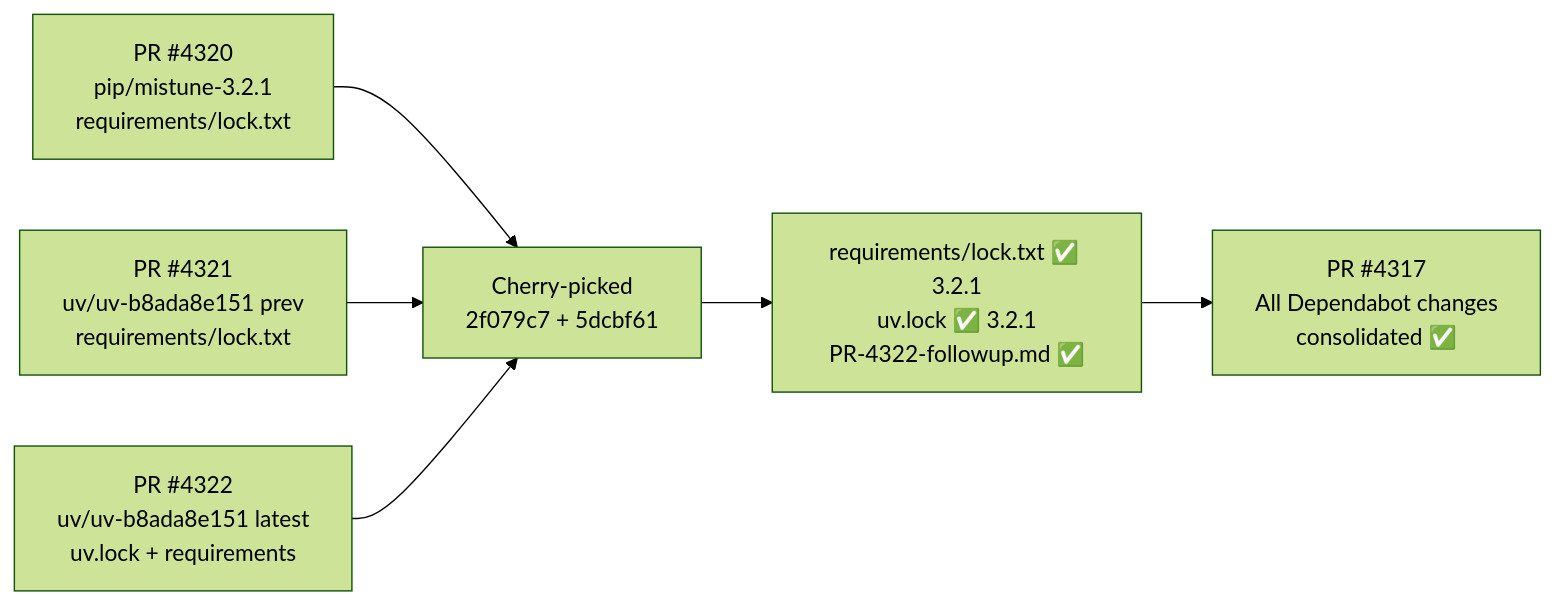
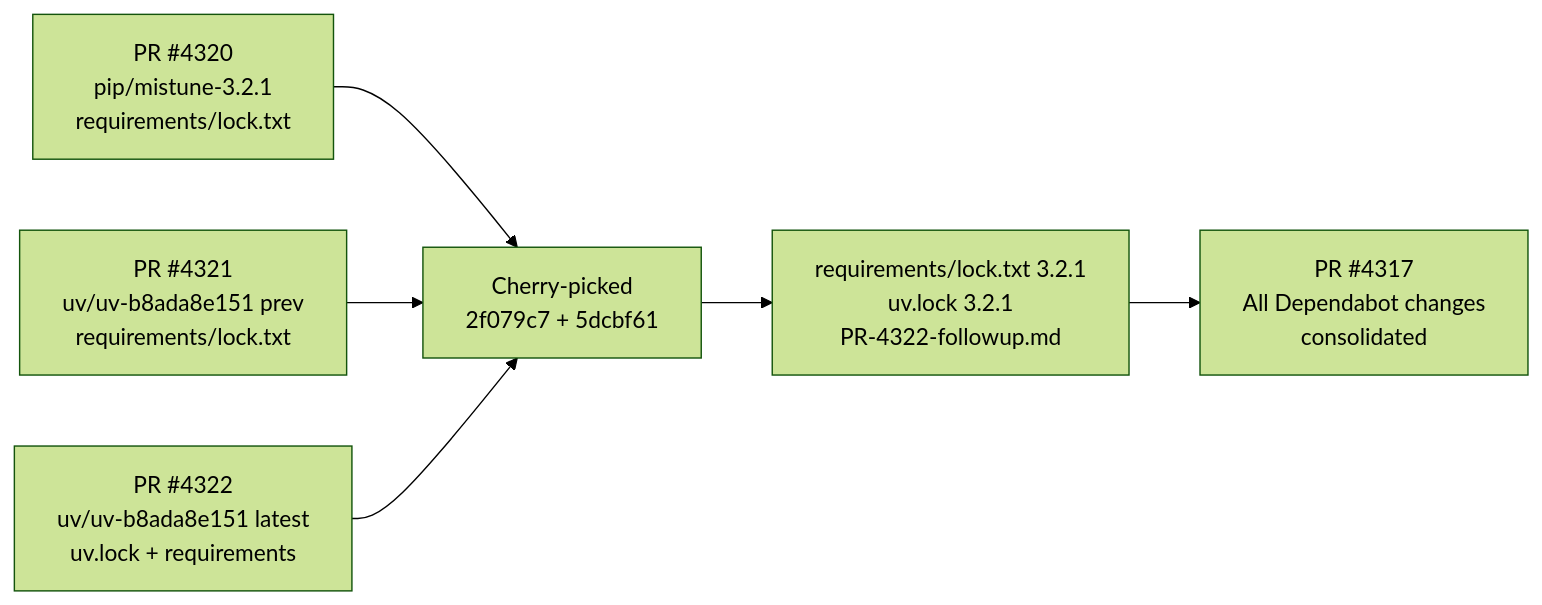
Before and after one commit to Aries-Serpent/_codex_: the sixth of 26 diagrams in docs/sessions/PR4317_session_diagram.md, drawn with Mermaid (forest theme). The commit also changed other lines of this file and 2029 other files, not shown here.

````diff
--- a/docs/sessions/PR4317_session_diagram.md
+++ b/docs/sessions/PR4317_session_diagram.md
@@ -199,14 +201,14 @@
 ```mermaid
 %%{init: {'accessibility': {'title': 'Flowchart showing "PR #4320\npip/mistune-3.2.1\nrequirements/lock.txt", "PR #4321\nuv/uv-b8ada8e151 prev\nrequirements/lock.txt"'}}%%
 flowchart LR
     DEP4320["PR #4320\npip/mistune-3.2.1\nrequirements/lock.txt"]
     DEP4321["PR #4321\nuv/uv-b8ada8e151 prev\nrequirements/lock.txt"]
     DEP4322["PR #4322\nuv/uv-b8ada8e151 latest\nuv.lock + requirements"]
 
     DEP4320 --> CHERRY["Cherry-picked\n2f079c7 + 5dcbf61"]
     DEP4321 --> CHERRY
     DEP4322 --> CHERRY
 
-    CHERRY --> VERIFY["requirements/lock.txt ✅ 3.2.1\nuv.lock ✅ 3.2.1\nPR-4322-followup.md ✅"]
-    VERIFY --> PR4317["PR #4317\nAll Dependabot changes\nconsolidated ✅"]
+    CHERRY --> VERIFY["requirements/lock.txt  3.2.1\nuv.lock  3.2.1\nPR-4322-followup.md "]
+    VERIFY --> PR4317["PR #4317\nAll Dependabot changes\nconsolidated "]
 ```
````
